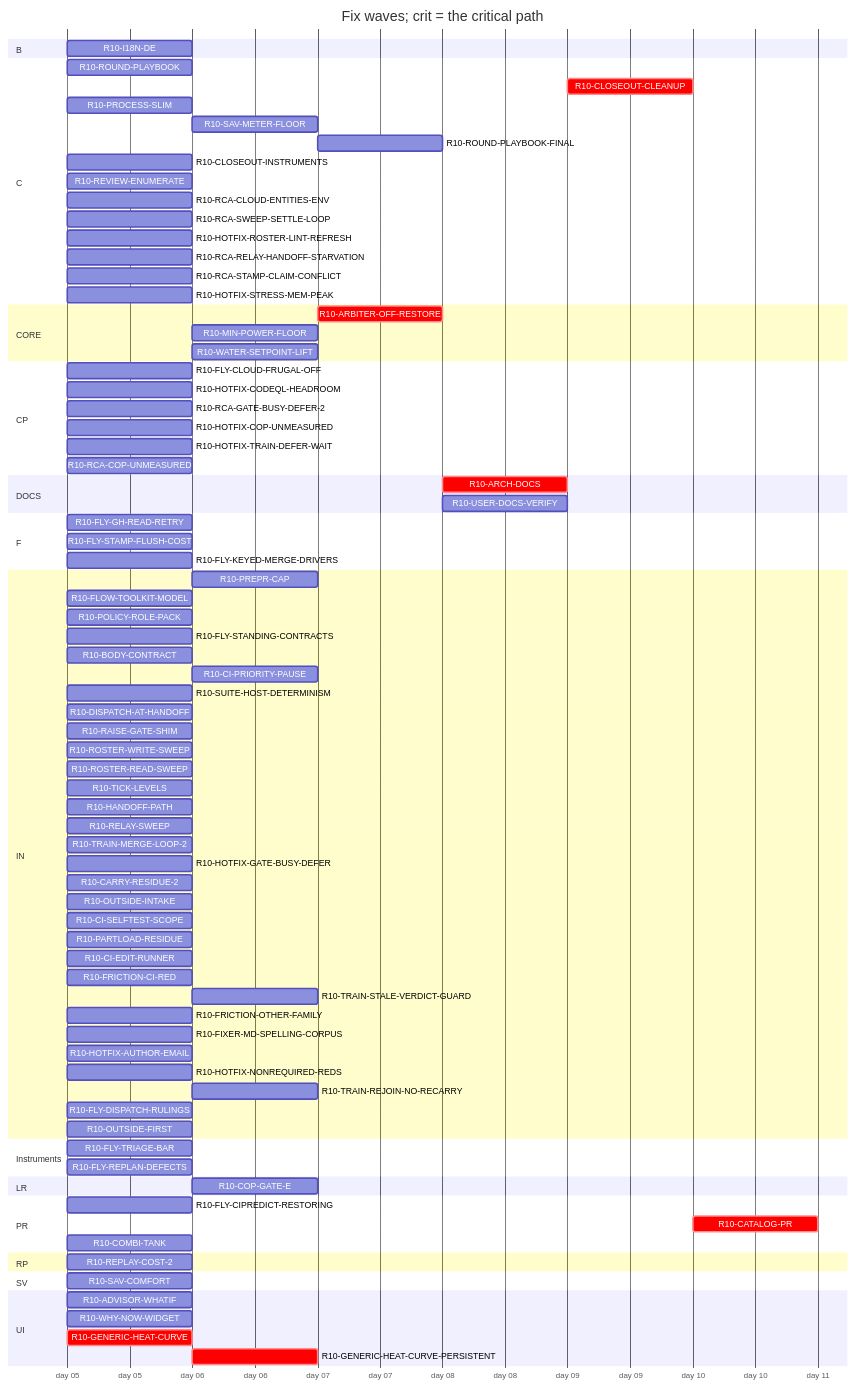
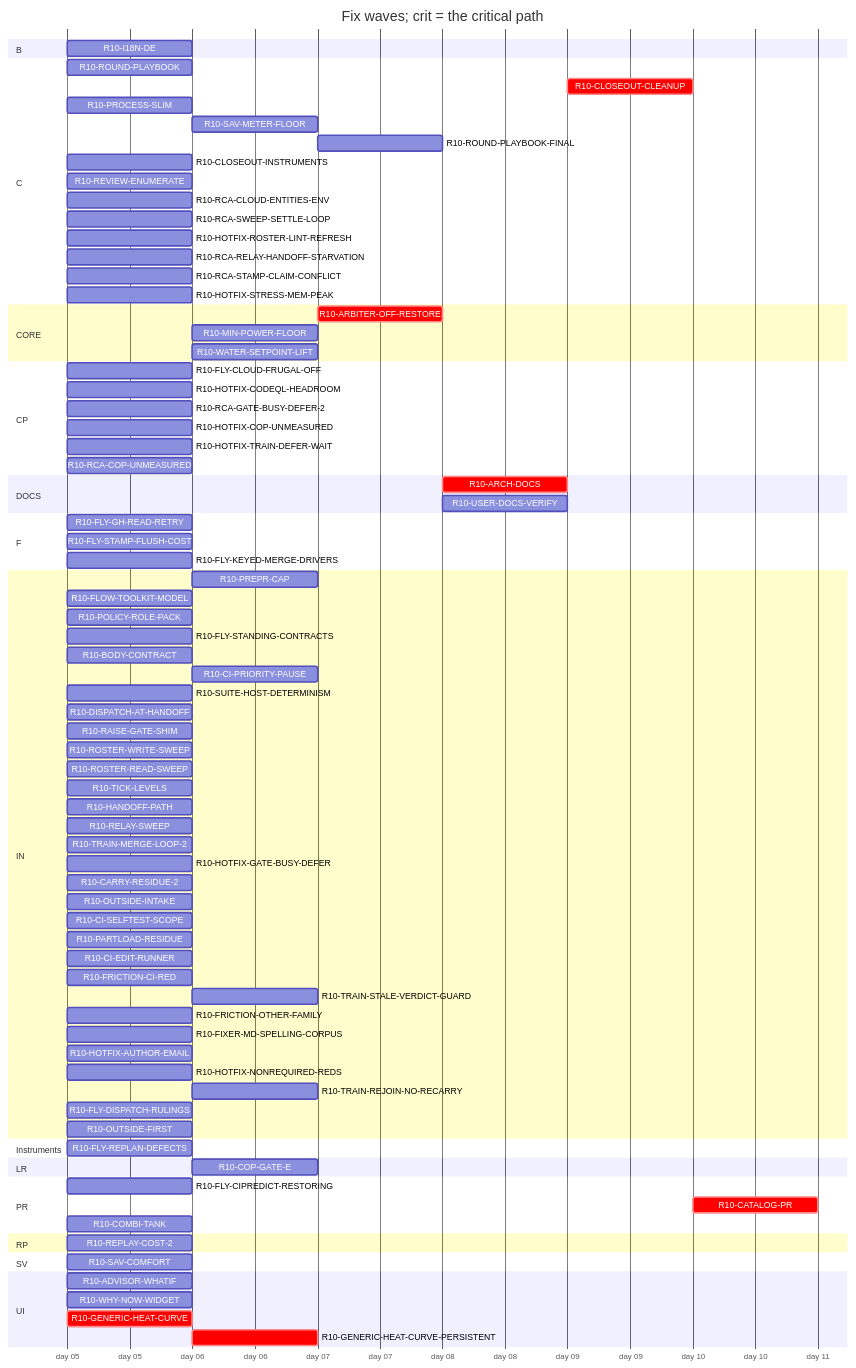
The diagram in handoff/round10/state/PLAN-TABLE.md (tvofi/heatpump_optimizer), drawn with Mermaid before and after one commit. The commit also changed other lines of this file and 3 other files, not shown here.

Commit message:
state: FLOW-BOARD.md, NEXT-SESSION-PROMPT.md, PLAN-TABLE.md, RESUME-CURRENT.md regenerated (state_docs.py)

```diff
--- a/handoff/round10/state/PLAN-TABLE.md
+++ b/handoff/round10/state/PLAN-TABLE.md
@@ -94,7 +94,6 @@
     R10-FLY-DISPATCH-RULINGS :r10FLYDISPATCHRULINGS, 2026-01-05, 1d
     R10-OUTSIDE-FIRST :r10OUTSIDEFIRST, 2026-01-05, 1d
   section Instruments
-    R10-FLY-TRIAGE-BAR :r10FLYTRIAGEBAR, 2026-01-05, 1d
     R10-FLY-REPLAN-DEFECTS :r10FLYREPLANDEFECTS, 2026-01-05, 1d
   section LR
     R10-COP-GATE-E :r10COPGATEE, after r10HOTFIXCOPUNMEASURED, 1d
```
